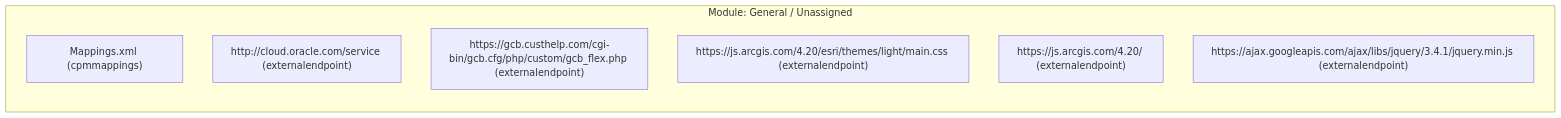
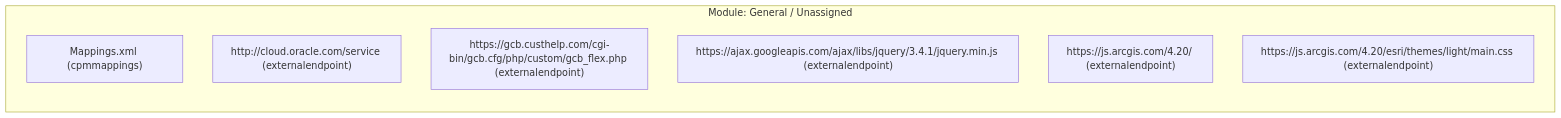
One commit to SujalMatolia0/Config_Migration changed the third of 9 diagrams in results/COMPLETE_SYSTEM_MAPPING.md. Above: the diagram before and after it, drawn with Mermaid. The commit also changed other lines of this file and 14 other files, not shown here.

````diff
--- a/results/COMPLETE_SYSTEM_MAPPING.md
+++ b/results/COMPLETE_SYSTEM_MAPPING.md
@@ -175,11 +175,11 @@
 ```mermaid
 flowchart LR
   subgraph MOD_General___Unassigned ["Module: General / Unassigned"]
     N_cpmmappings_mappings_xml["Mappings.xml (cpmmappings)"]
     N_externalendpoint_http___cloud_oracle_com_service["http://cloud.oracle.com/service (externalendpoint)"]
     N_externalendpoint_https___gcb_custhelp_com_cgi_bin_gcb_cfg_php_custom_gcb_flex_php["https://gcb.custhelp.com/cgi-bin/gcb.cfg/php/custom/gcb_flex.php (externalendpoint)"]
+    N_externalendpoint_https___ajax_googleapis_com_ajax_libs_jquery_3_4_1_jquery_min_js["https://ajax.googleapis.com/ajax/libs/jquery/3.4.1/jquery.min.js (externalendpoint)"]
+    N_externalendpoint_https___js_arcgis_com_4_20_["https://js.arcgis.com/4.20/ (externalendpoint)"]
     N_externalendpoint_https___js_arcgis_com_4_20_esri_themes_light_main_css["https://js.arcgis.com/4.20/esri/themes/light/main.css (externalendpoint)"]
-    N_externalendpoint_https___js_arcgis_com_4_20_["https://js.arcgis.com/4.20/ (externalendpoint)"]
-    N_externalendpoint_https___ajax_googleapis_com_ajax_libs_jquery_3_4_1_jquery_min_js["https://ajax.googleapis.com/ajax/libs/jquery/3.4.1/jquery.min.js (externalendpoint)"]
   end
 ```
````
